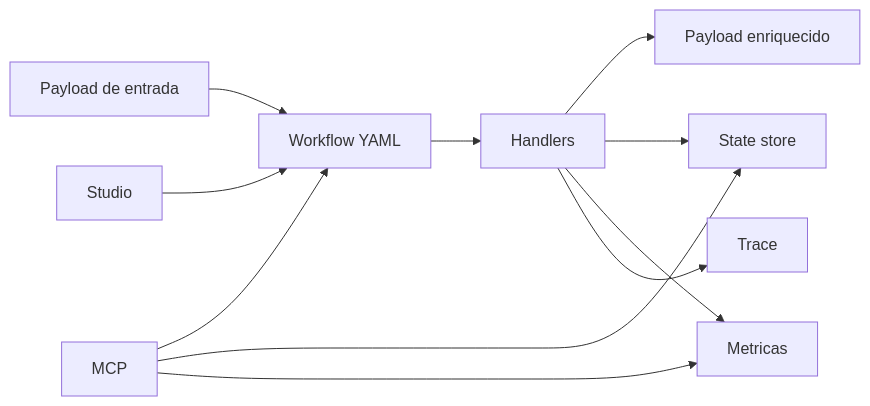
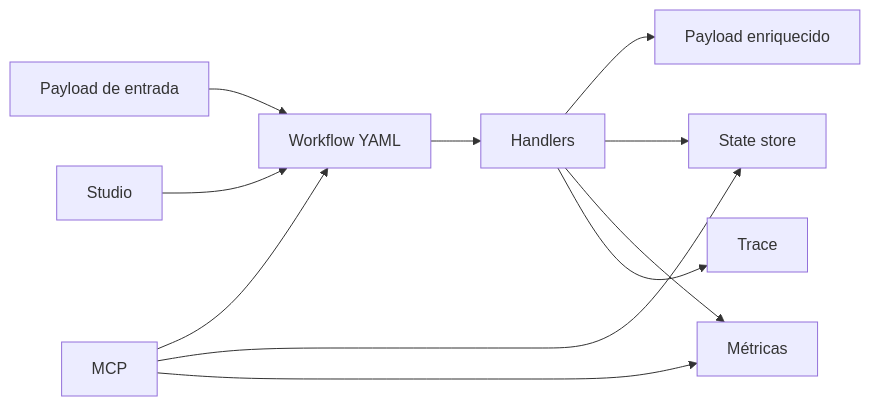
Before and after one commit to raywall/routing-slip-pattern: the diagram in studio/docs/content/01-introducao/03-conceitos.md, drawn with Mermaid. The commit also changed other lines of this file and 40 other files, not shown here.

````diff
--- a/studio/docs/content/01-introducao/03-conceitos.md
+++ b/studio/docs/content/01-introducao/03-conceitos.md
@@ -23,13 +23,13 @@
 ```mermaid
 flowchart LR
   A[Payload de entrada] --> B[Workflow YAML]
   B --> C[Handlers]
   C --> D[Payload enriquecido]
   C --> E[State store]
-  C --> F[Metricas]
+  C --> F[Métricas]
   C --> G[Trace]
   H[Studio] --> B
   I[MCP] --> B
   I --> E
   I --> F
 ```
````
